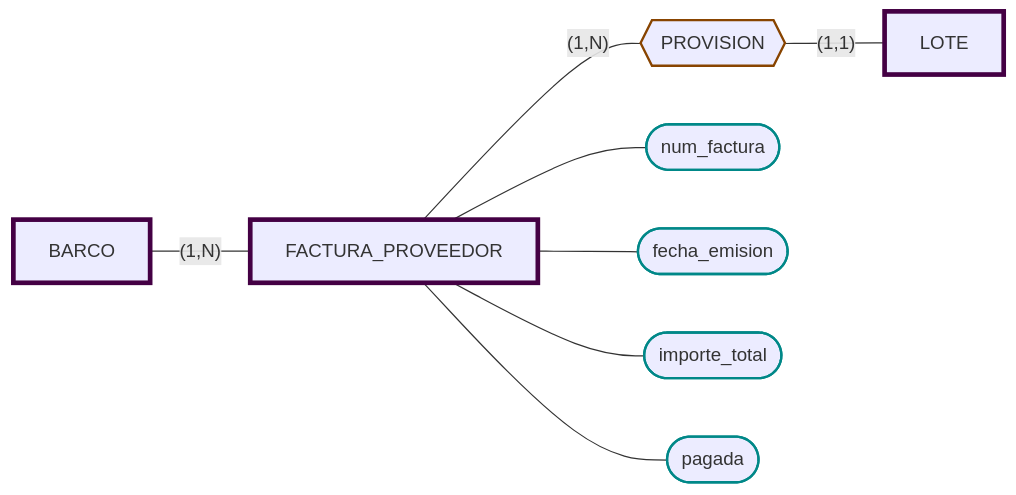
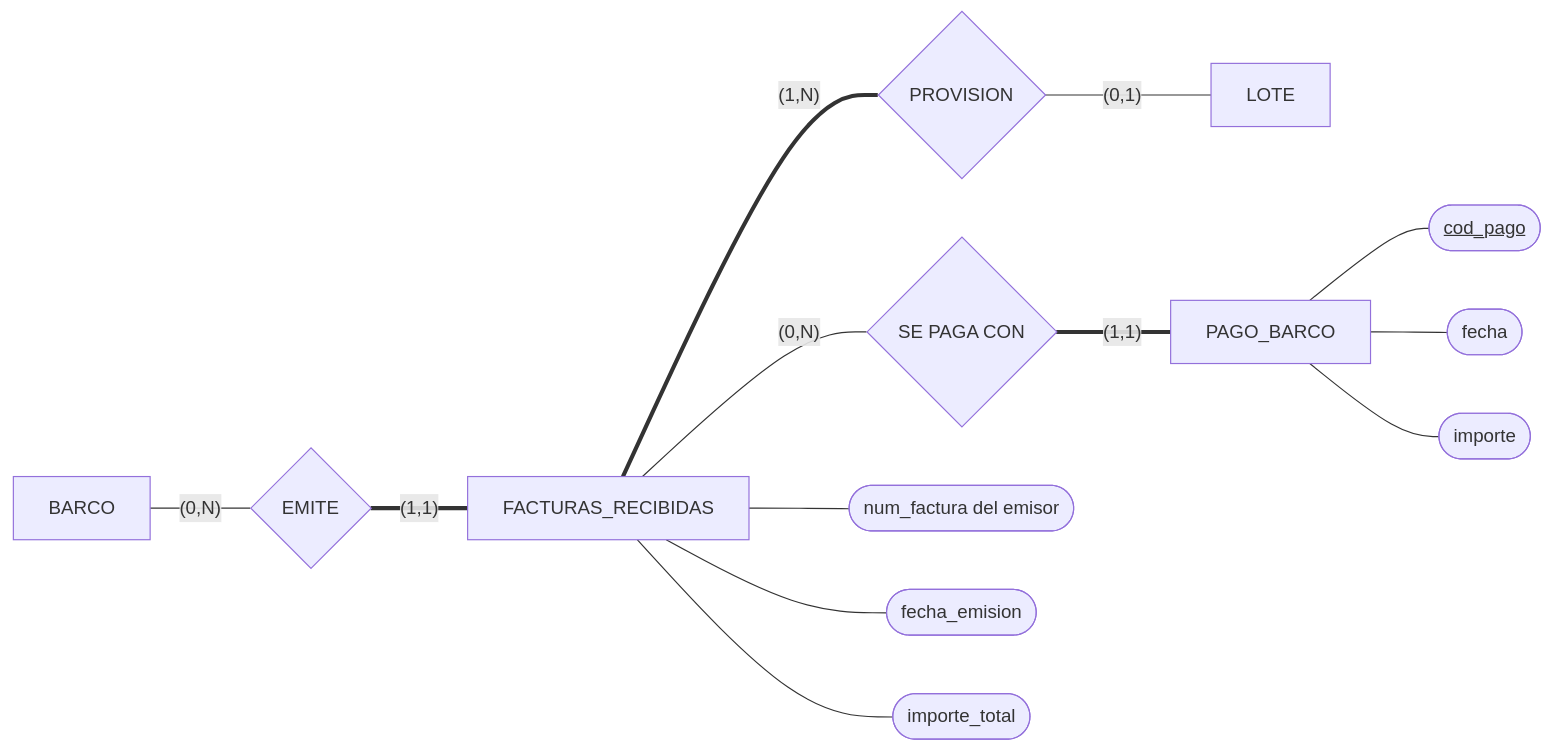
One commit to JulTob/BasesDeDatos changed the diagram in Practica/P1/Schema/Facturas_Proveedor.md. Above: the diagram before and after it, drawn with Mermaid. The commit also changed other lines of this file and 16 other files, not shown here.

````diff
--- a/Practica/P1/Schema/Facturas_Proveedor.md
+++ b/Practica/P1/Schema/Facturas_Proveedor.md
@@ -12,22 +8,16 @@
 ```mermaid
 flowchart LR
+  Barco[BARCO] ---|"(0,N)"| Emite{EMITE}
+  Emite ===|"(1,1)"| Recibidas[FACTURAS_RECIBIDAS]
+  Recibidas ===|"(1,N)"| Provision{PROVISION}
+  Provision ---|"(0,1)"| Lote[LOTE]
+  Recibidas ---|"(0,N)"| Liquida{SE PAGA CON}
+  Liquida ===|"(1,1)"| Pago[PAGO_BARCO]
 
-classDef entidad stroke:#404,stroke-width:4px;
-classDef relacion stroke:#840,stroke-width:2px;
-classDef atributo stroke:#088,stroke-width:2px;
-
-Barco[BARCO]:::entidad
-FacturaB[FACTURA_PROVEEDOR]:::entidad
-Lote[LOTE]:::entidad
-Provision{{PROVISION}}:::relacion
-
-FacturaB --- num_fact_b([num_factura]):::atributo  
-FacturaB --- fecha_emision_b([fecha_emision]):::atributo 
-FacturaB --- importe_total_b([importe_total]):::atributo  
-FacturaB --- pagada_b([pagada]):::atributo  
-
-Barco ---|"(1,N)"| FacturaB
-FacturaB ---|"(1,N)"| Provision
-Provision ---|"(1,1)"| Lote
-
+  Recibidas --- num_factura([num_factura del emisor])
+  Recibidas --- fecha_emision([fecha_emision])
+  Recibidas --- importe_total([importe_total])
+  Pago --- cod_pago(["<u>cod_pago</u>"])
+  Pago --- fecha([fecha])
+  Pago --- importe([importe])
 ```
````
